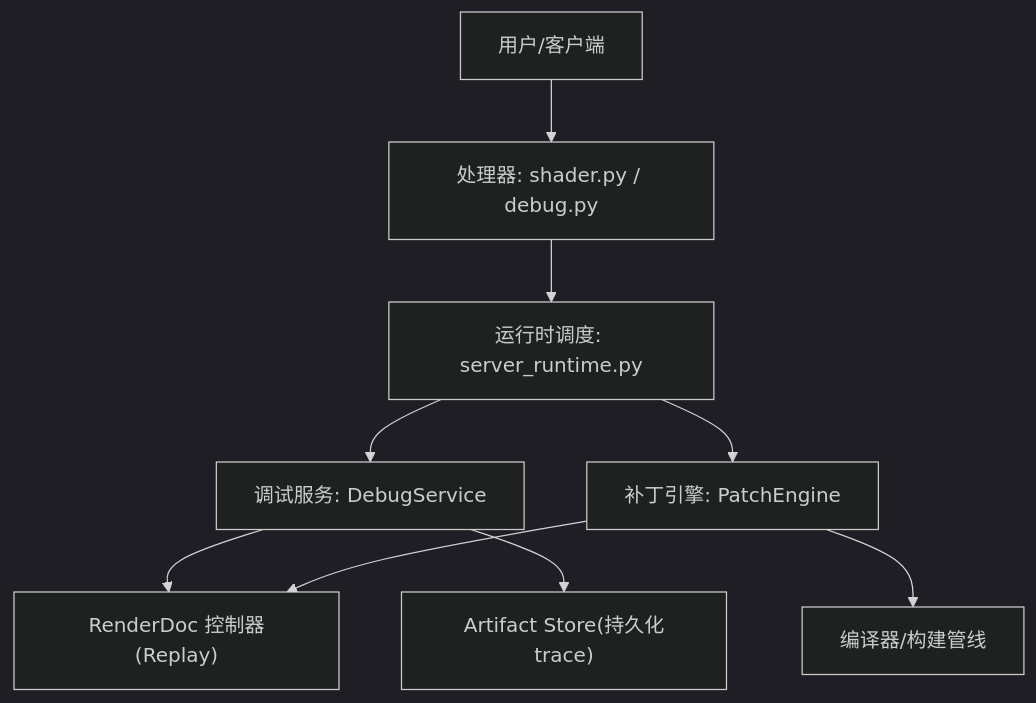
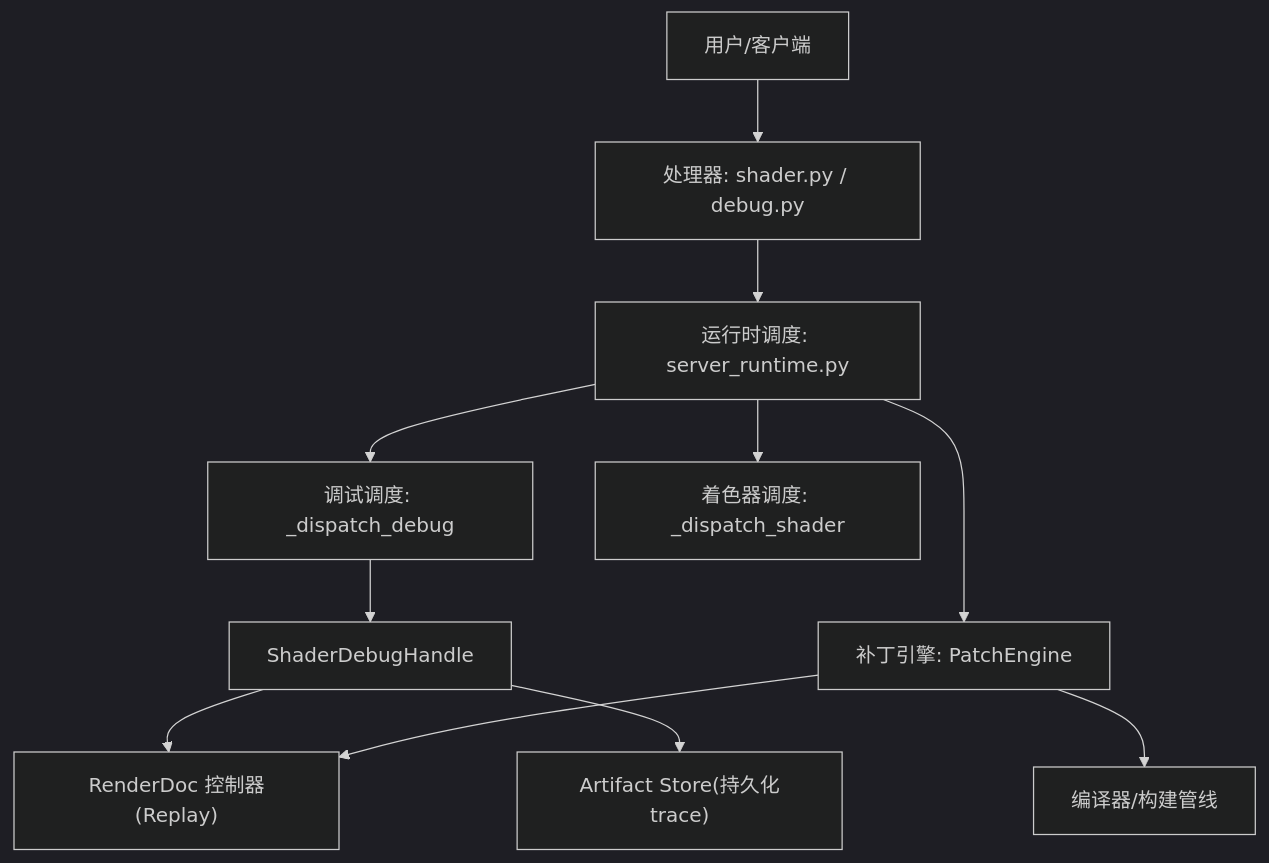
Before and after one commit to haolange/RDC-Tool: the first of 2 diagrams in .qoder/repowiki/zh/content/核心概念/管线状态/着色器调试.md, drawn with Mermaid (dark theme). The commit also changed other lines of this file and 79 other files, not shown here.

````diff
--- a/.qoder/repowiki/zh/content/核心概念/管线状态/着色器调试.md
+++ b/.qoder/repowiki/zh/content/核心概念/管线状态/着色器调试.md
@@ -45,11 +54,13 @@
 ```mermaid
 graph TB
 A["用户/客户端"] --> B["处理器: shader.py / debug.py"]
 B --> C["运行时调度: server_runtime.py"]
-C --> D["调试服务: DebugService"]
-C --> E["补丁引擎: PatchEngine"]
-D --> F["RenderDoc 控制器(Replay)"]
-E --> F
-D --> G["Artifact Store(持久化trace)"]
-E --> H["编译器/构建管线"]
+C --> D["调试调度: _dispatch_debug"]
+C --> E["着色器调度: _dispatch_shader"]
+C --> F["补丁引擎: PatchEngine"]
+D --> G["ShaderDebugHandle"]
+G --> H["RenderDoc 控制器(Replay)"]
+F --> H
+G --> I["Artifact Store(持久化trace)"]
+F --> J["编译器/构建管线"]
 ```
````
